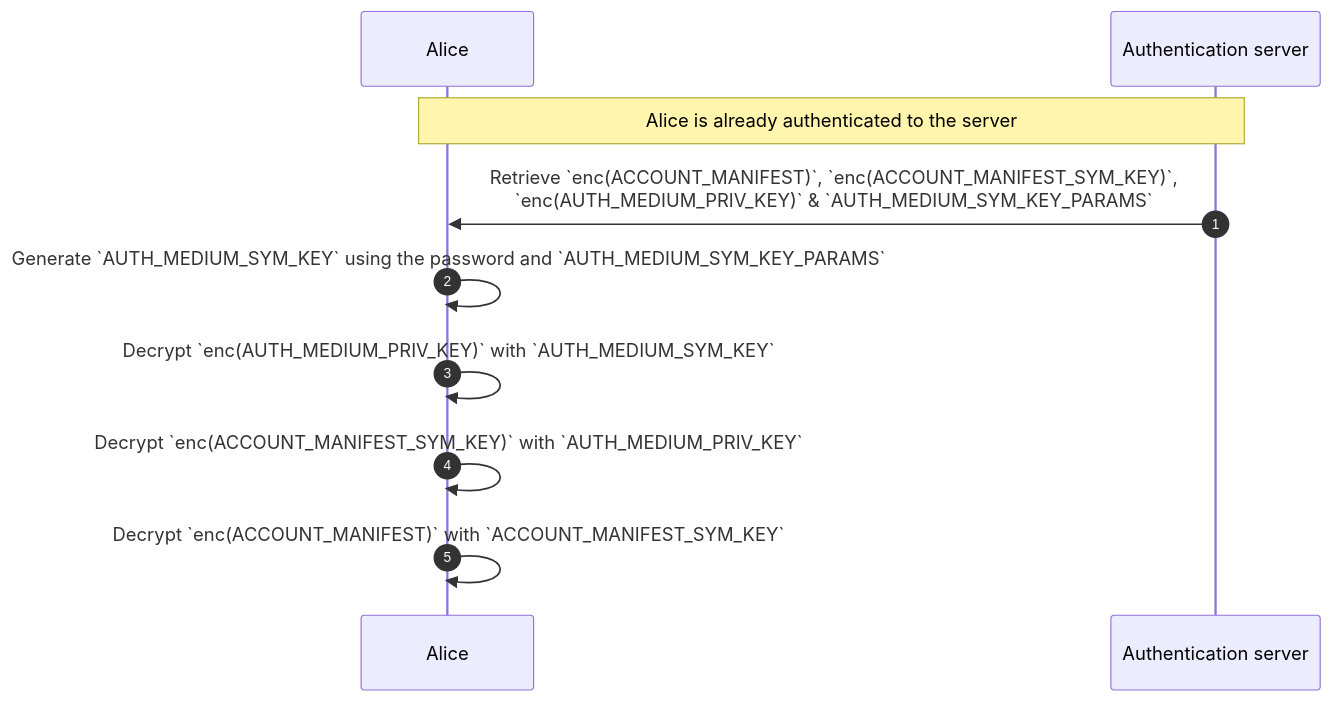
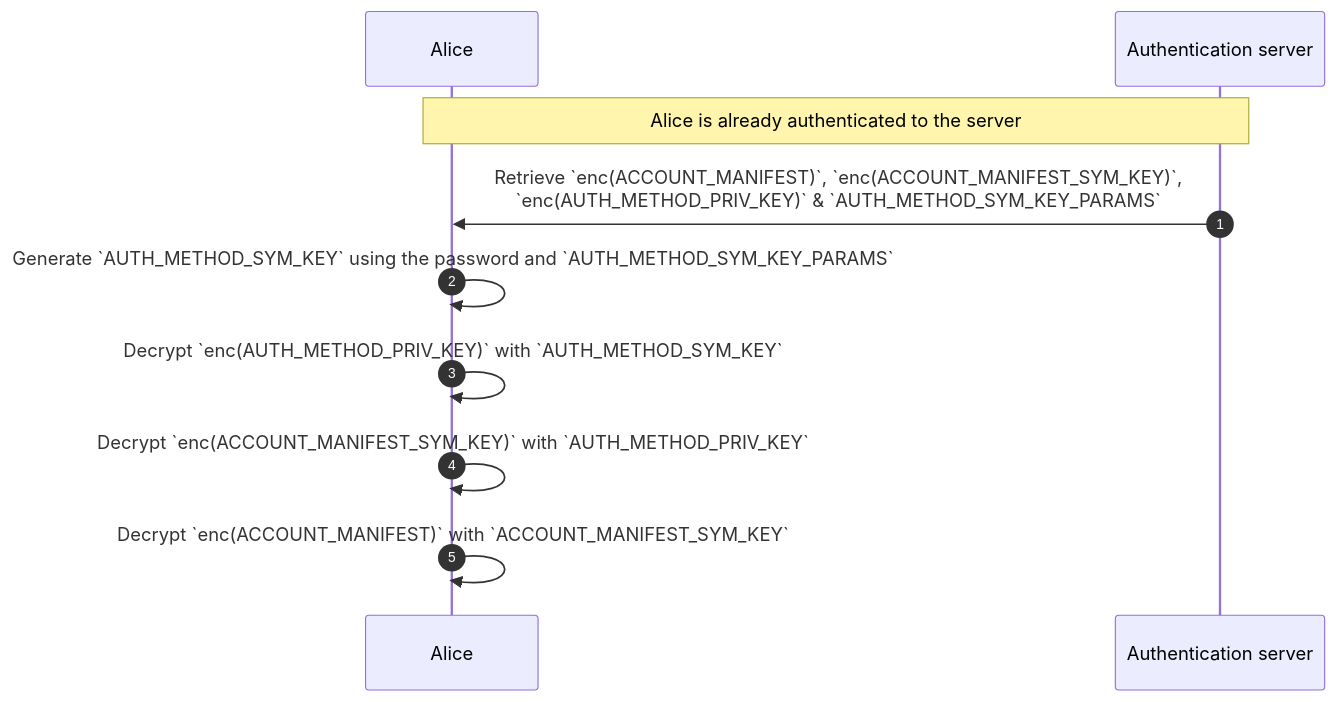
The third of 8 diagrams in docs/rfcs/1012-parsec-auth.md (Scille/parsec-cloud), drawn with Mermaid before and after one commit. The commit also changed other lines of this file, not shown here.

Commit message:
fixup! feat(rfc): Add RFC Parsec auth

````diff
--- a/docs/rfcs/1012-parsec-auth.md
+++ b/docs/rfcs/1012-parsec-auth.md
@@ -185,14 +185,14 @@
 ```mermaid
 sequenceDiagram
   autonumber
   participant Alice
   participant S as  Authentication server
 
   Note over Alice,S: Alice is already authenticated to the server
 
-  S ->> Alice: Retrieve `enc(ACCOUNT_MANIFEST)`, `enc(ACCOUNT_MANIFEST_SYM_KEY)`,<br>`enc(AUTH_MEDIUM_PRIV_KEY)` & `AUTH_MEDIUM_SYM_KEY_PARAMS`
-  Alice ->> Alice: Generate `AUTH_MEDIUM_SYM_KEY` using the password and `AUTH_MEDIUM_SYM_KEY_PARAMS`
-  Alice ->> Alice: Decrypt `enc(AUTH_MEDIUM_PRIV_KEY)` with `AUTH_MEDIUM_SYM_KEY`
-  Alice ->> Alice: Decrypt `enc(ACCOUNT_MANIFEST_SYM_KEY)` with `AUTH_MEDIUM_PRIV_KEY`
+  S ->> Alice: Retrieve `enc(ACCOUNT_MANIFEST)`, `enc(ACCOUNT_MANIFEST_SYM_KEY)`,<br>`enc(AUTH_METHOD_PRIV_KEY)` & `AUTH_METHOD_SYM_KEY_PARAMS`
+  Alice ->> Alice: Generate `AUTH_METHOD_SYM_KEY` using the password and `AUTH_METHOD_SYM_KEY_PARAMS`
+  Alice ->> Alice: Decrypt `enc(AUTH_METHOD_PRIV_KEY)` with `AUTH_METHOD_SYM_KEY`
+  Alice ->> Alice: Decrypt `enc(ACCOUNT_MANIFEST_SYM_KEY)` with `AUTH_METHOD_PRIV_KEY`
   Alice ->> Alice: Decrypt `enc(ACCOUNT_MANIFEST)` with `ACCOUNT_MANIFEST_SYM_KEY`
 ```
````
